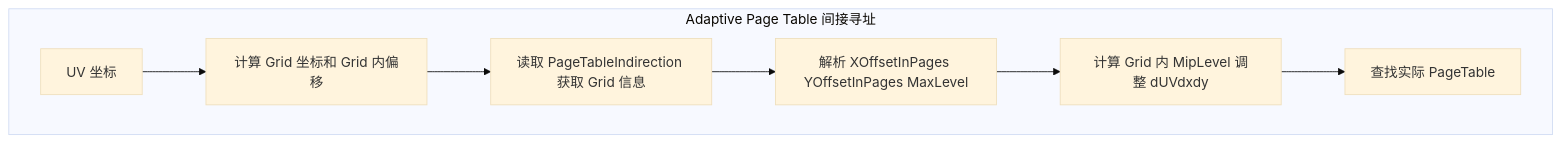
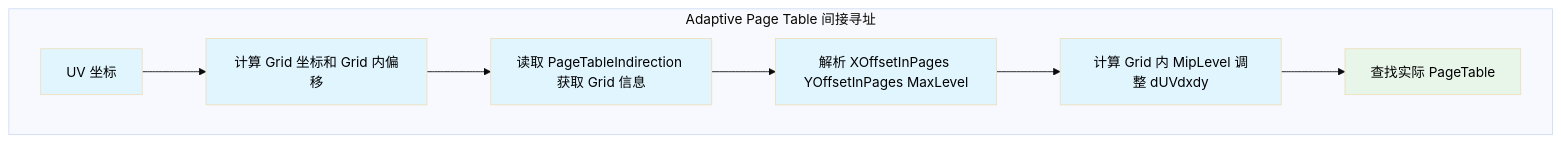
Diagram 15 of 21 in content/posts/UE5_Virtual_Texture_与_Runtime_Virtual_Texture_源码级全流程解析.md (mr0ptimist/mroptimist.github.io), drawn with Mermaid (base theme) before and after one commit. The commit also changed other lines of this file and 2 other files, not shown here.

First line of the commit message:
Mermaid 图表 Dark Reader 兼容：所有 flowchart 加 classDef 配色 + 文字强制黑色

````diff
--- a/content/posts/UE5_Virtual_Texture_与_Runtime_Virtual_Texture_源码级全流程解析.md
+++ b/content/posts/UE5_Virtual_Texture_与_Runtime_Virtual_Texture_源码级全流程解析.md
@@ -740,10 +846,15 @@
 ```mermaid
 flowchart TD
     subgraph AVT["Adaptive Page Table 间接寻址"]
         A["UV 坐标"] --> B["计算 Grid 坐标和 Grid 内偏移"]
         B --> C["读取 PageTableIndirection 获取 Grid 信息"]
         C --> D["解析 XOffsetInPages YOffsetInPages MaxLevel"]
         D --> E["计算 Grid 内 MipLevel 调整 dUVdxdy"]
         E --> F["查找实际 PageTable"]
     end
+
+    classDef proc fill:#e1f5fe,color:#000
+    classDef ok fill:#e8f5e9,color:#000
+    class A,B,C,D,E proc
+    class F ok
 ```
````
